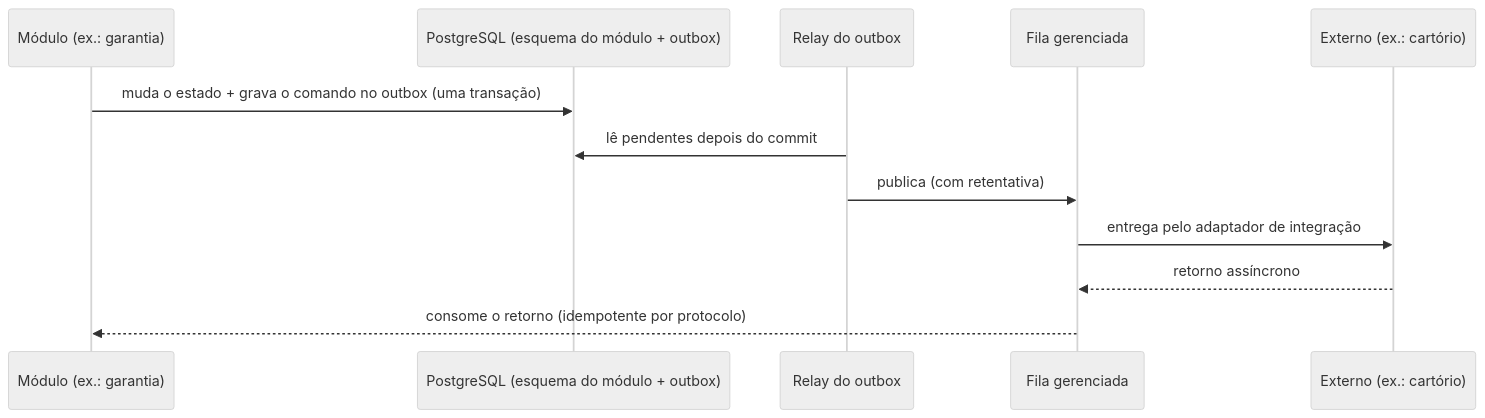
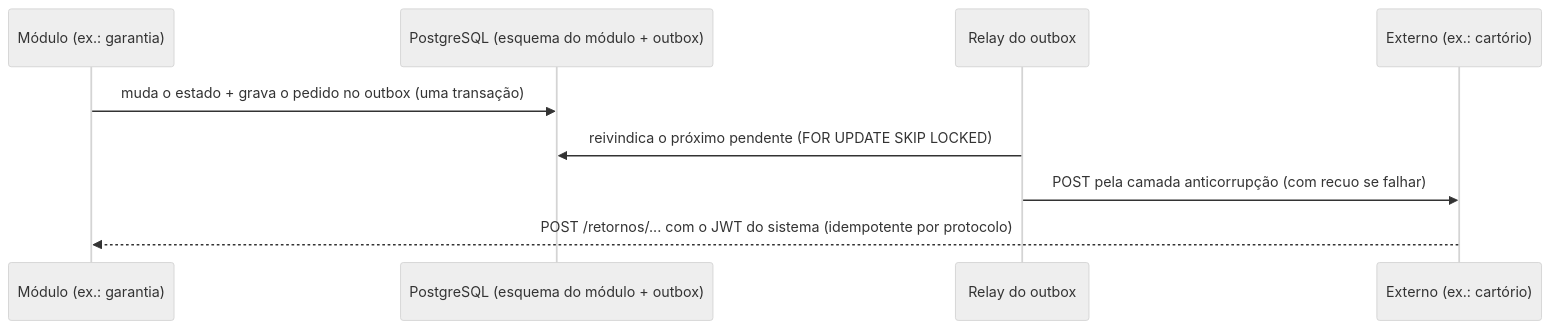
One commit to lucasqss/sistema-financiamento changed the third of 3 diagrams in docs/arquitetura/README.md. Above: the diagram before and after it, drawn with Mermaid (neutral theme). The commit also changed other lines of this file and 66 other files, not shown here.

````diff
--- a/docs/arquitetura/README.md
+++ b/docs/arquitetura/README.md
@@ -199,14 +200,11 @@
 ```mermaid
 sequenceDiagram
     participant M as Módulo (ex.: garantia)
     participant DB as PostgreSQL (esquema do módulo + outbox)
     participant R as Relay do outbox
-    participant F as Fila gerenciada
     participant X as Externo (ex.: cartório)
-    M->>DB: muda o estado + grava o comando no outbox (uma transação)
-    R->>DB: lê pendentes depois do commit
-    R->>F: publica (com retentativa)
-    F->>X: entrega pelo adaptador de integração
-    X-->>F: retorno assíncrono
-    F-->>M: consome o retorno (idempotente por protocolo)
+    M->>DB: muda o estado + grava o pedido no outbox (uma transação)
+    R->>DB: reivindica o próximo pendente (FOR UPDATE SKIP LOCKED)
+    R->>X: POST pela camada anticorrupção (com recuo se falhar)
+    X-->>M: POST /retornos/... com o JWT do sistema (idempotente por protocolo)
 ```
````
